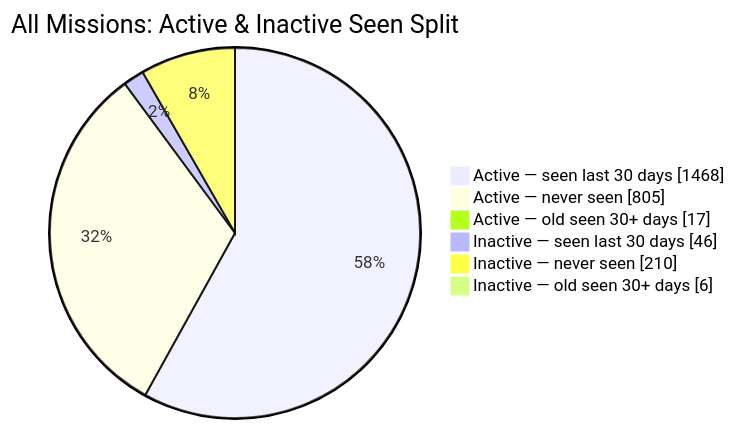
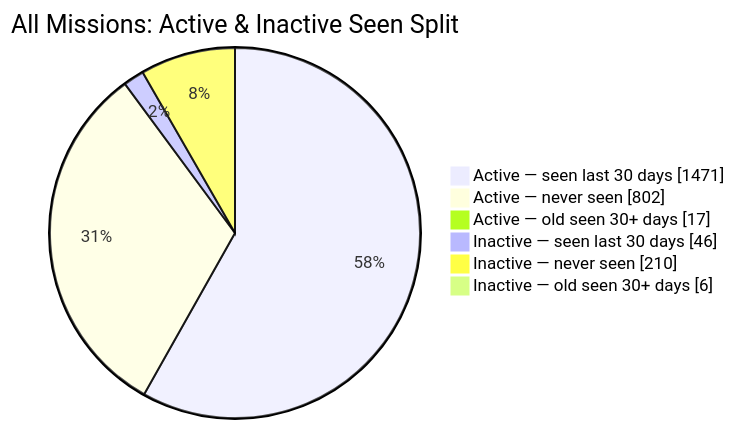
One commit to MeldkamerspelGameTeam/active-missions changed the second of 2 diagrams in README.md. Above: the diagram before and after it, drawn with Mermaid. The commit also changed other lines of this file and 2 other files, not shown here.

````diff
--- a/README.md
+++ b/README.md
@@ -44,10 +44,10 @@
 ```mermaid
 pie showData
     title All Missions: Active & Inactive Seen Split
-    "Active — seen last 30 days" : 1468
-    "Active — never seen" : 805
+    "Active — seen last 30 days" : 1471
+    "Active — never seen" : 802
     "Active — old seen 30+ days" : 17
     "Inactive — seen last 30 days" : 46
     "Inactive — never seen" : 210
     "Inactive — old seen 30+ days" : 6
 ```
````
